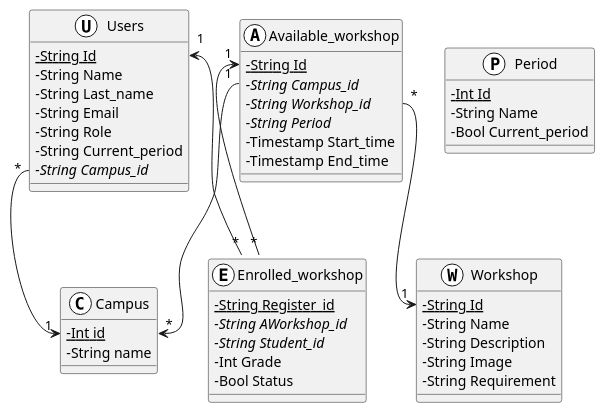
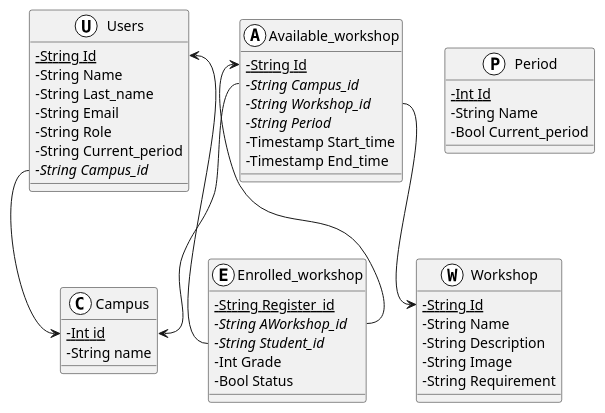
The diagram in Reto/Base de datos.md (facund015/codeRelatedObsidianNotes), drawn with PlantUML before and after one commit.

Commit message:
vault backup: 2021-12-01 18:18:03

````diff
--- a/Reto/Base de datos.md
+++ b/Reto/Base de datos.md
@@ -2,59 +2,59 @@
 ```plantuml
 @startuml
 skinparam classAttributeIconSize 0
 
 class Users <<(U,white)>> {
 	-{static} String Id
 	-String Name
 	-String Last_name
 	-String Email
 	-String Role
 	-String Current_period
 	{abstract} -String Campus_id
 }
 
 class Campus <<(C,white)>> {
 	{static} -Int id
 	-String name
 }
 
 class Period <<(P,white)>> {
 	{static} -Int Id
 	-String Name
 	-Bool Current_period
 }
 
 class Workshop <<(W,white)>> {
 	{static} -String Id
 	-String Name
 	-String Description
 	-String Image
 	-String Requirement
 }
 class Available_workshop <<(A, white)>> {
 	{static} -String Id
 	{abstract} -String Campus_id
 	{abstract} -String Workshop_id
 	{abstract} -String Period
 	-Timestamp Start_time
 	-Timestamp End_time
 }
 class Enrolled_workshop <<(E,white)>> {
 	{static} -String Register_id
 	{abstract} -String AWorkshop_id
 	{abstract} -String Student_id
 	-Int Grade
 	-Bool Status
 }
 
-Users::Id "1" <-- "*" Enrolled_workshop::studentId
-Users::Campus_id "*" --> "1" Campus::id
-Available_workshop::Id "1" <-- "*" Enrolled_workshop::tallerId
-Available_workshop::Campus_id "1" -->  "*" Campus::id
-Available_workshop::Workshop_id "*" --> "1" Workshop::Id
+Users::Id <-- Enrolled_workshop::Student_id
+Users::Campus_id --> Campus::id
+Available_workshop::Id <-- Enrolled_workshop::AWorkshop_id
+Available_workshop::Campus_id --> Campus::id
+Available_workshop::Workshop_id --> Workshop::Id
 
 
 
 
 @enduml
 ```
````
